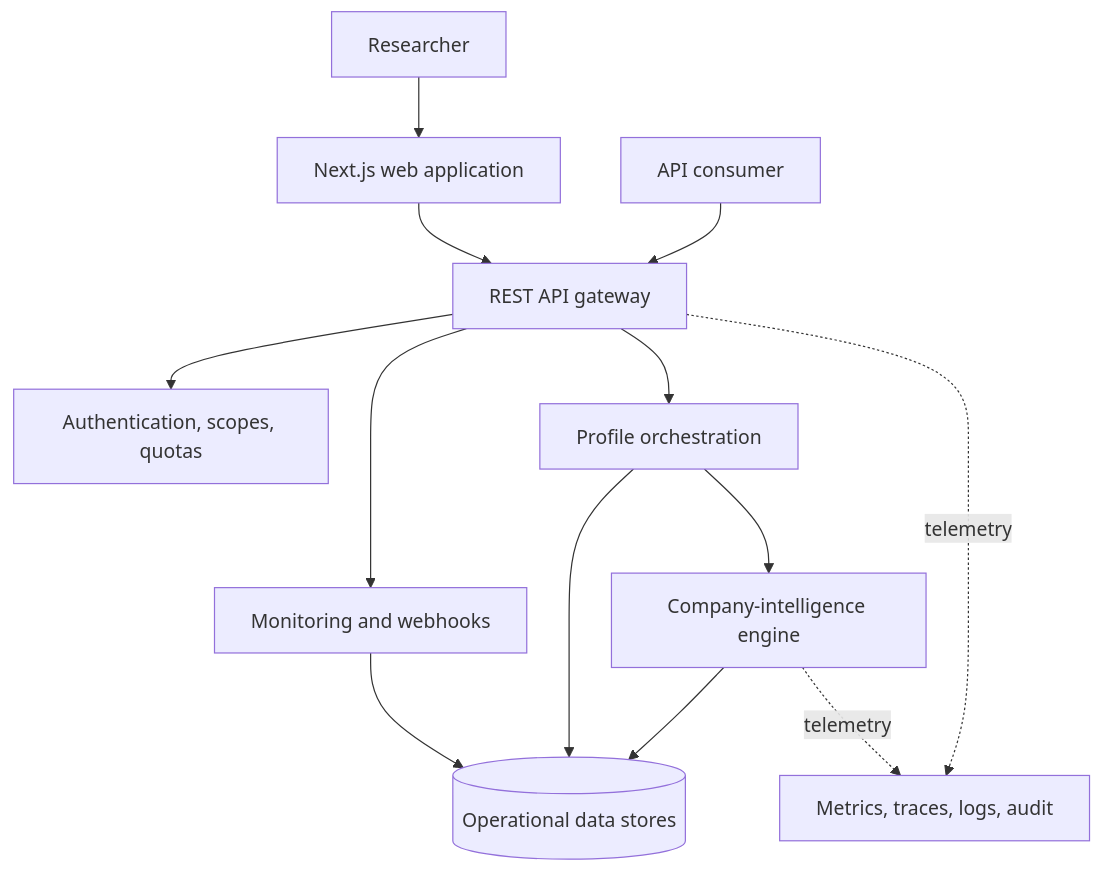
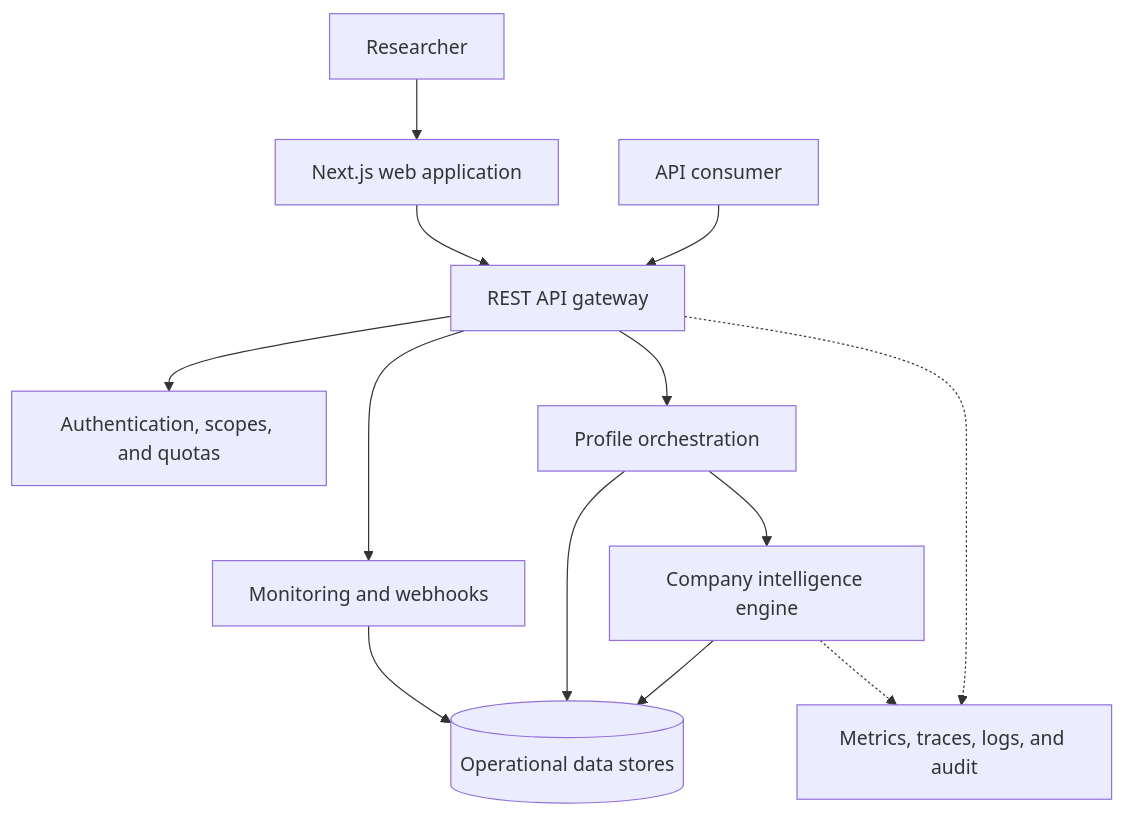
The first of 3 diagrams in docs/ARCHITECTURE.md (aderofrank402-spec/lumen-sieve), drawn with Mermaid before and after one commit. The commit also changed other lines of this file and 3 other files, not shown here.

Commit message:
docs: fix GitHub Mermaid rendering

````diff
--- a/docs/ARCHITECTURE.md
+++ b/docs/ARCHITECTURE.md
@@ -7,15 +7,15 @@
 ```mermaid
-flowchart TB
-    Human[Researcher] --> Web[Next.js web application]
-    System[API consumer] --> API[REST API gateway]
-    Web --> API
-    API --> Auth[Authentication, scopes, quotas]
-    API --> Profile[Profile orchestration]
-    API --> Monitor[Monitoring and webhooks]
-    Profile --> Engine[Company-intelligence engine]
-    Engine --> Data[(Operational data stores)]
-    Profile --> Data
-    Monitor --> Data
-    API -. telemetry .-> Ops[Metrics, traces, logs, audit]
-    Engine -. telemetry .-> Ops
+graph TB
+    human["Researcher"] --> web["Next.js web application"]
+    consumer["API consumer"] --> gateway["REST API gateway"]
+    web --> gateway
+    gateway --> auth["Authentication, scopes, and quotas"]
+    gateway --> profile["Profile orchestration"]
+    gateway --> monitor["Monitoring and webhooks"]
+    profile --> engine["Company intelligence engine"]
+    engine --> data[("Operational data stores")]
+    profile --> data
+    monitor --> data
+    gateway -.-> operations["Metrics, traces, logs, and audit"]
+    engine -.-> operations
 ```
````
